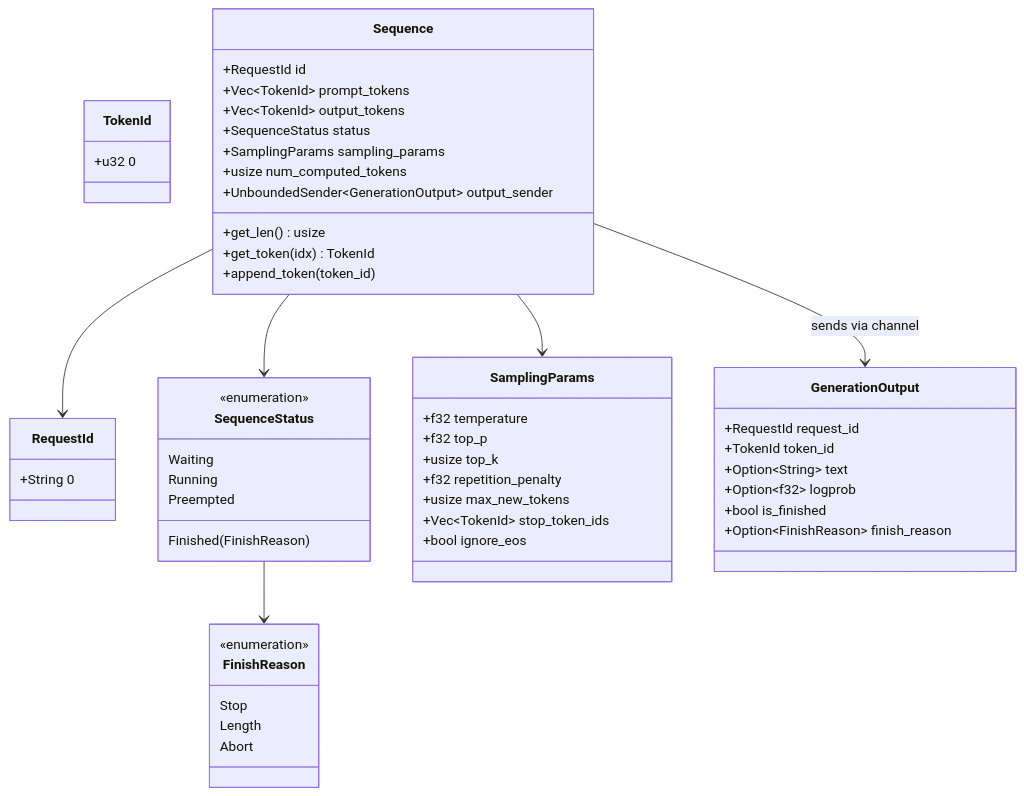
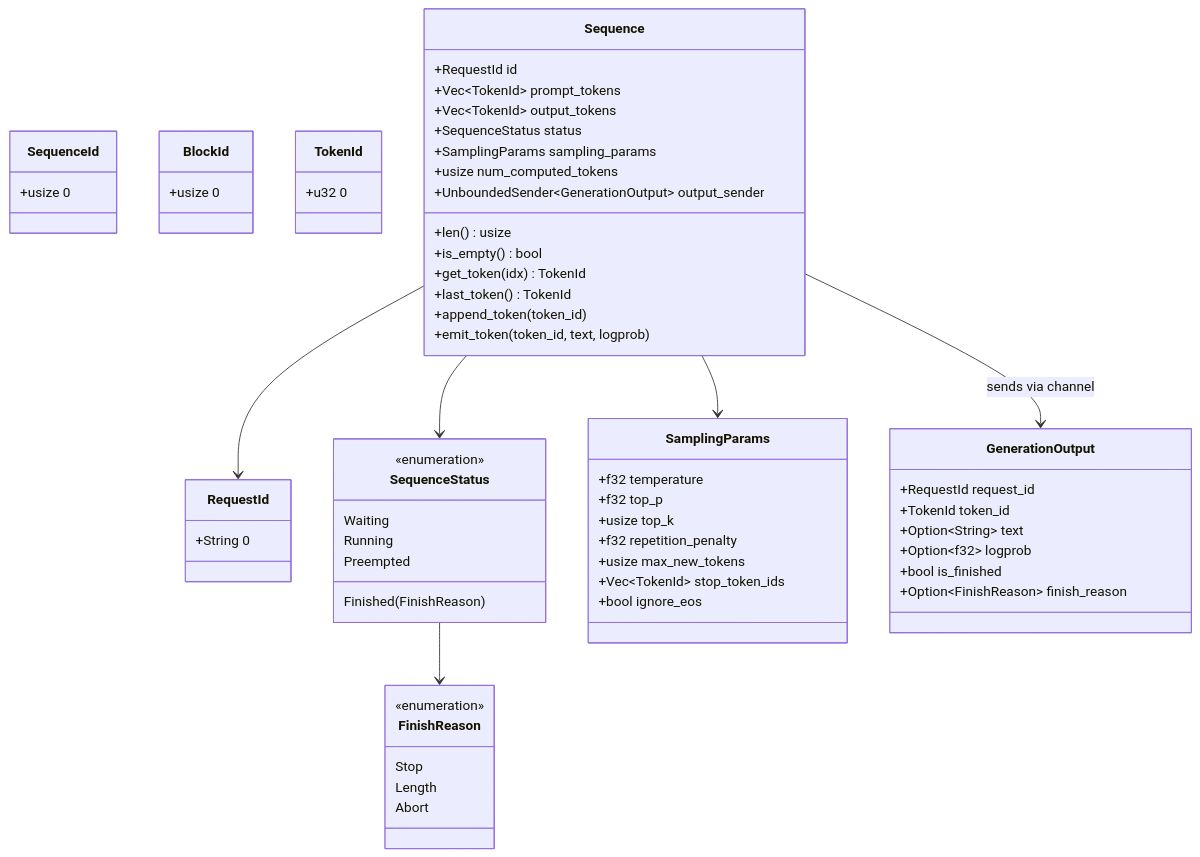
The third of 3 diagrams in MODULE_01_CORE_TYPES.md (Ammar-Alnagar/TinBox), drawn with Mermaid before and after one commit. The commit also changed other lines of this file and 43 other files, not shown here.

````diff
--- a/MODULE_01_CORE_TYPES.md
+++ b/MODULE_01_CORE_TYPES.md
@@ -78,57 +78,66 @@
 ```mermaid
 classDiagram
     class RequestId {
         +String 0
+    }
+    class SequenceId {
+        +usize 0
+    }
+    class BlockId {
+        +usize 0
     }
     class TokenId {
         +u32 0
     }
     class SequenceStatus {
         <<enumeration>>
         Waiting
         Running
         Preempted
         Finished(FinishReason)
     }
     class FinishReason {
         <<enumeration>>
         Stop
         Length
         Abort
     }
     class SamplingParams {
         +f32 temperature
         +f32 top_p
         +usize top_k
         +f32 repetition_penalty
         +usize max_new_tokens
         +Vec~TokenId~ stop_token_ids
         +bool ignore_eos
     }
     class Sequence {
         +RequestId id
         +Vec~TokenId~ prompt_tokens
         +Vec~TokenId~ output_tokens
         +SequenceStatus status
         +SamplingParams sampling_params
         +usize num_computed_tokens
         +UnboundedSender~GenerationOutput~ output_sender
-        +get_len() usize
+        +len() usize
+        +is_empty() bool
         +get_token(idx) TokenId
+        +last_token() TokenId
         +append_token(token_id)
+        +emit_token(token_id, text, logprob)
     }
     class GenerationOutput {
         +RequestId request_id
         +TokenId token_id
         +Option~String~ text
         +Option~f32~ logprob
         +bool is_finished
         +Option~FinishReason~ finish_reason
     }
 
     Sequence --> RequestId
     Sequence --> SequenceStatus
     Sequence --> SamplingParams
     SequenceStatus --> FinishReason
     Sequence --> GenerationOutput : sends via channel
 ```
````
